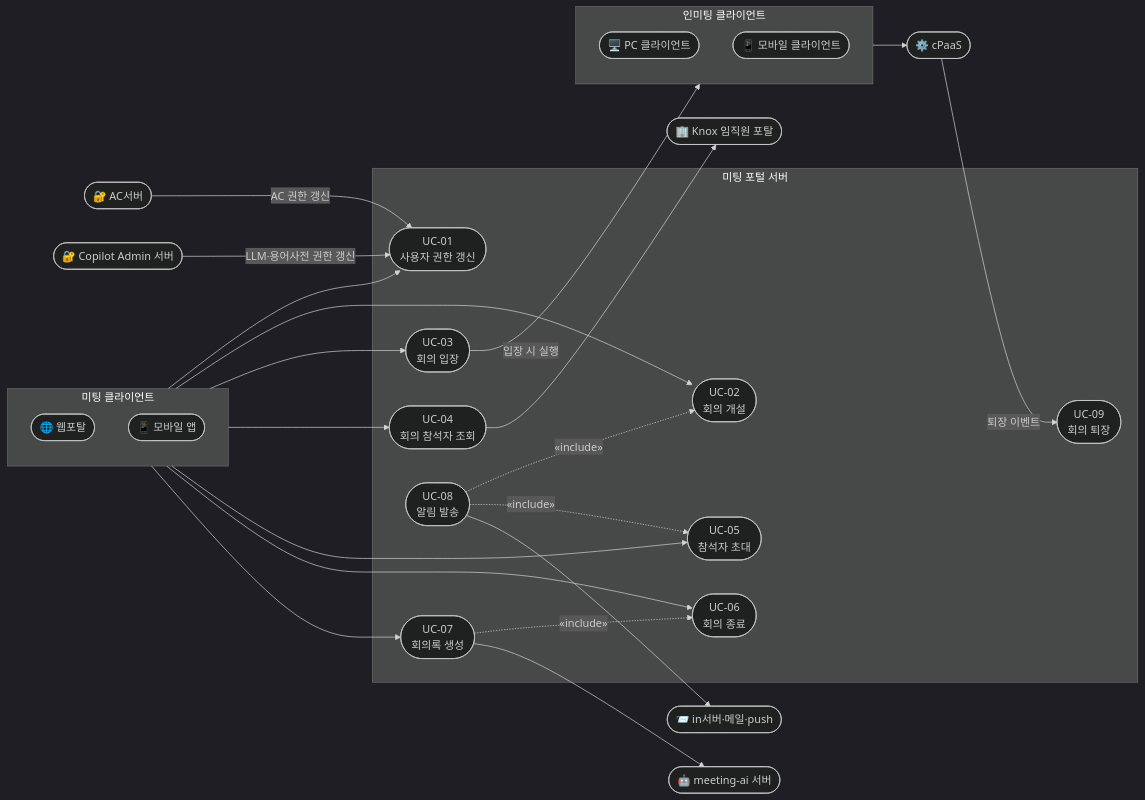
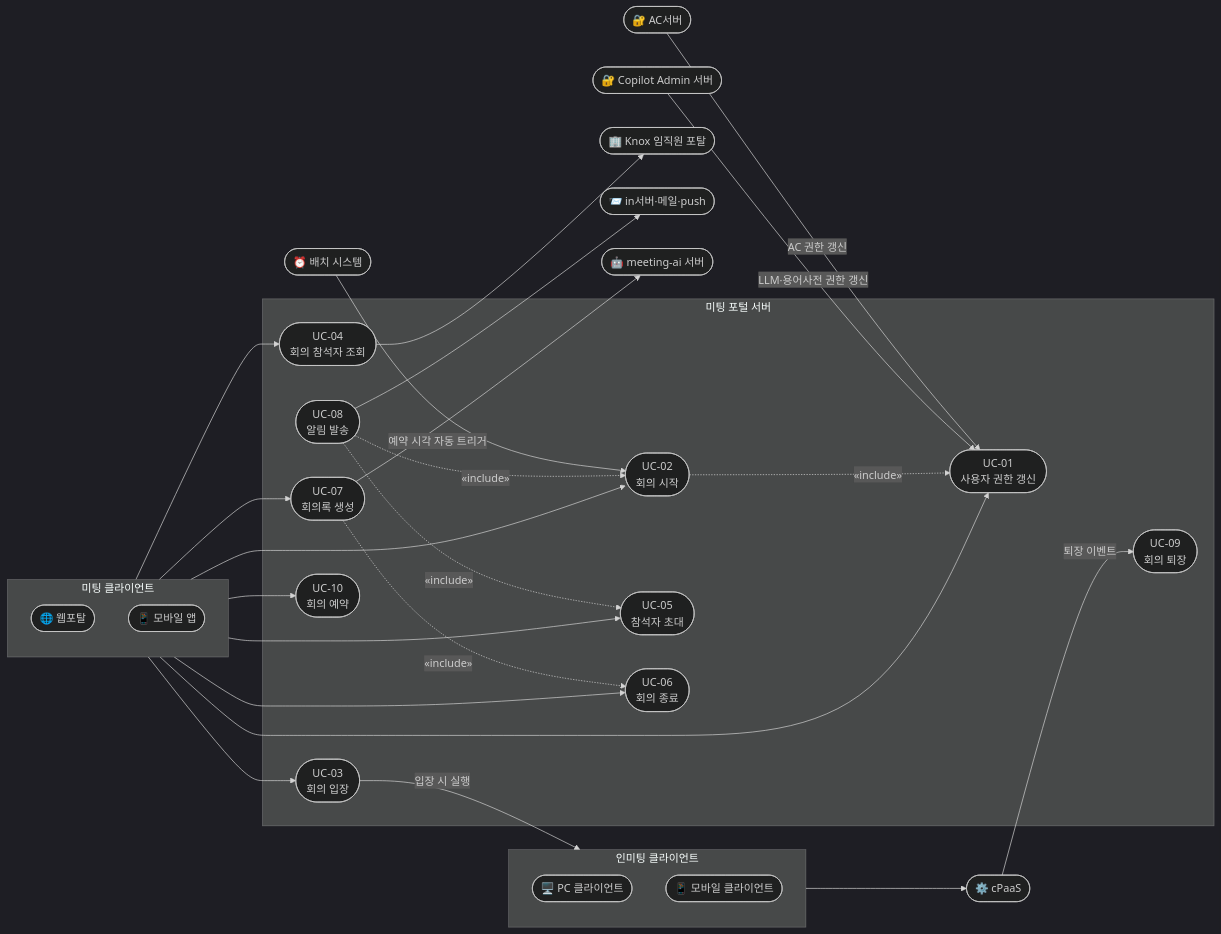
Before and after one commit to sujinnkim/A_Personal: the diagram in docs/03-requirements/2.1-functional/overview.md, drawn with Mermaid (dark theme). The commit also changed other lines of this file, not shown here.

````diff
--- a/docs/03-requirements/2.1-functional/overview.md
+++ b/docs/03-requirements/2.1-functional/overview.md
@@ -64,55 +69,60 @@
 ```mermaid
 graph LR
     subgraph Clients["미팅 클라이언트"]
         direction TB
         WebPortal(["🌐 웹포탈"])
         MobileApp(["📱 모바일 앱"])
     end
 
     subgraph InMeeting["인미팅 클라이언트"]
         direction TB
         PCClient(["🖥️ PC 클라이언트"])
         MobileClient(["📱 모바일 클라이언트"])
     end
 
+    Batch(["⏰ 배치 시스템"])
     cPaaS(["⚙️ cPaaS"])
     Knox(["🏢 Knox 임직원 포탈"])
     InServer(["📨 in서버·메일·push"])
     MeetingAI(["🤖 meeting-ai 서버"])
     ACServer(["🔐 AC서버"])
     CopilotAdmin(["🔐 Copilot Admin 서버"])
 
     subgraph MeetingPortal["미팅 포털 서버"]
         UC01(["UC-01\n사용자 권한 갱신"])
-        UC02(["UC-02\n회의 개설"])
+        UC02(["UC-02\n회의 시작"])
         UC03(["UC-03\n회의 입장"])
         UC04(["UC-04\n회의 참석자 조회"])
         UC05(["UC-05\n참석자 초대"])
         UC06(["UC-06\n회의 종료"])
         UC07(["UC-07\n회의록 생성"])
         UC08(["UC-08\n알림 발송"])
         UC09(["UC-09\n회의 퇴장"])
+        UC10(["UC-10\n회의 예약"])
     end
 
     Clients --> UC01
     Clients --> UC02
     Clients --> UC03
     Clients --> UC04
     Clients --> UC05
     Clients --> UC06
     Clients --> UC07
+    Clients --> UC10
+    Batch -->|"예약 시각 자동 트리거"| UC02
 
     UC03 -->|"입장 시 실행"| InMeeting
     InMeeting --> cPaaS
     cPaaS -->|"퇴장 이벤트"| UC09
 
     ACServer -->|"AC 권한 갱신"| UC01
     CopilotAdmin -->|"LLM·용어사전 권한 갱신"| UC01
     UC04 --> Knox
 
+    UC02 -.->|"«include»"| UC01
     UC07 -.->|"«include»"| UC06
     UC08 -.->|"«include»"| UC02
     UC08 -.->|"«include»"| UC05
     UC08 --> InServer
     UC07 --> MeetingAI
 ```
````
